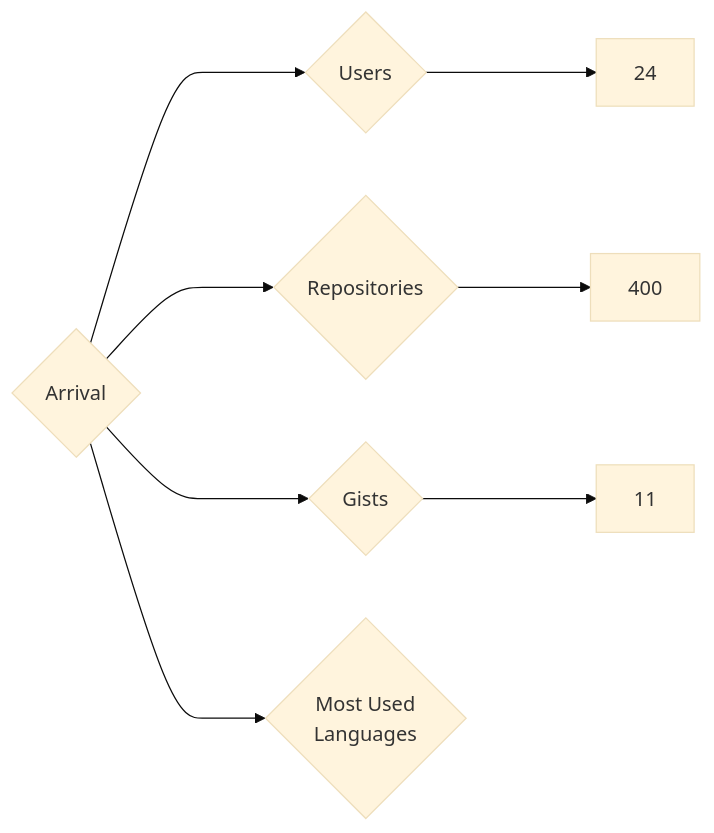
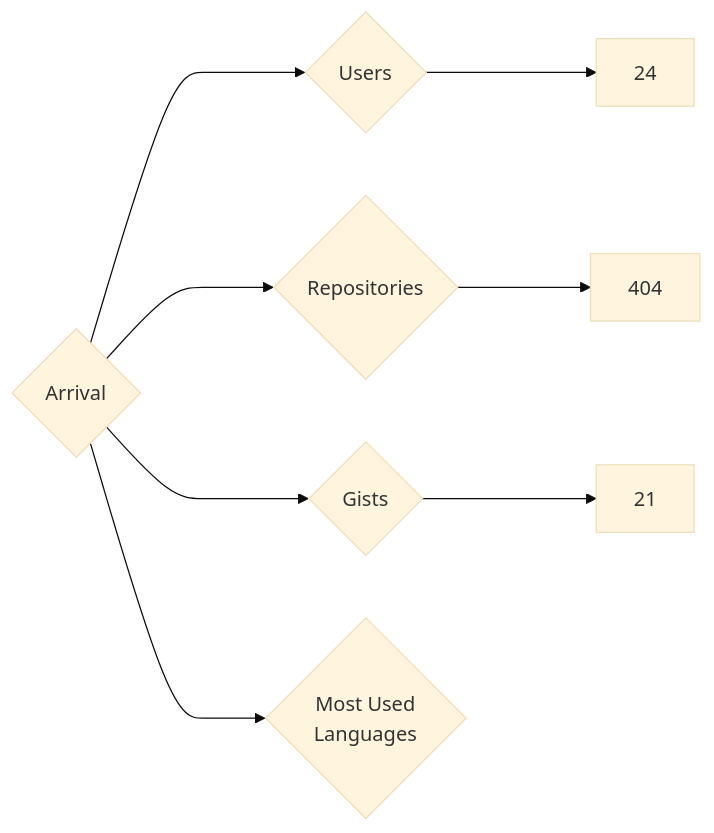
The diagram in targets/Arrival/README.md (nenadzaric/insiders), drawn with Mermaid (base theme) before and after one commit. The commit also changed 1342 other files, not shown here.

````diff
--- a/targets/Arrival/README.md
+++ b/targets/Arrival/README.md
@@ -3,8 +3,8 @@
 ```mermaid
 graph LR
 COMPANY_NAME{Arrival}
 COMPANY_NAME ---> U{Users} ---> UN[24]
-COMPANY_NAME ---> R{Repositories} ---> RN[400]
-COMPANY_NAME ---> G{Gists} ---> GN[11]
+COMPANY_NAME ---> R{Repositories} ---> RN[404]
+COMPANY_NAME ---> G{Gists} ---> GN[21]
 COMPANY_NAME ---> ML{Most Used<br>Languages}
 ```
````
